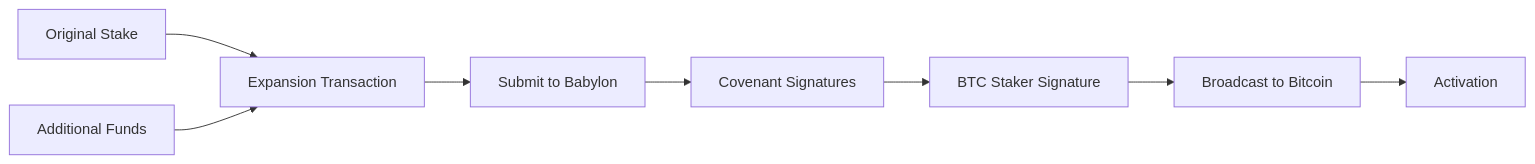
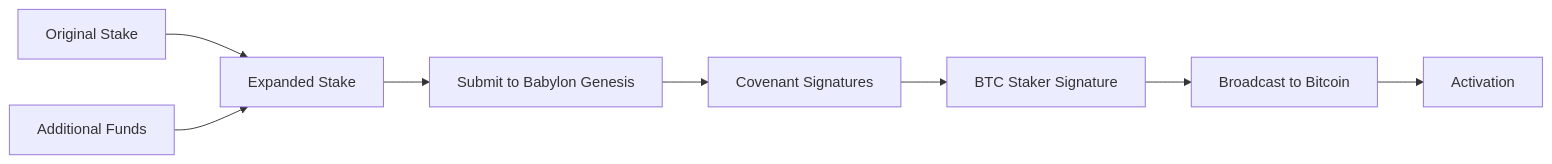
The first of 2 diagrams in docs/bitcoin-stake-expansion.md (babylonlabs-io/babylon), drawn with Mermaid before and after one commit. The commit also changed other lines of this file, not shown here.

````diff
--- a/docs/bitcoin-stake-expansion.md
+++ b/docs/bitcoin-stake-expansion.md
@@ -169,10 +173,10 @@
 ```mermaid
 graph LR
-    A[Original Stake] --> C[Expansion Transaction]
+    A[Original Stake] --> C[Expanded Stake]
     B[Additional Funds] --> C
-    C --> D[Submit to Babylon]
+    C --> D[Submit to Babylon Genesis]
     D --> E[Covenant Signatures]
     E --> F[BTC Staker Signature]
     F --> G[Broadcast to Bitcoin]
     G --> H[Activation]
 ```
````
